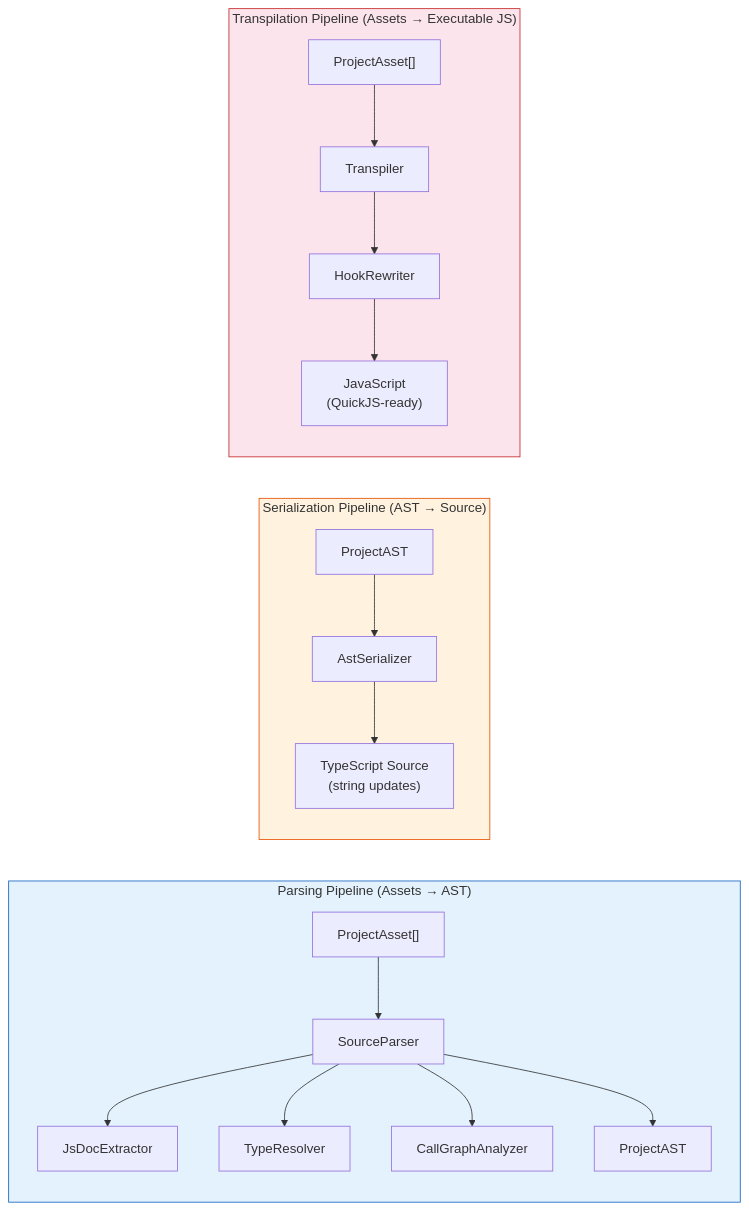
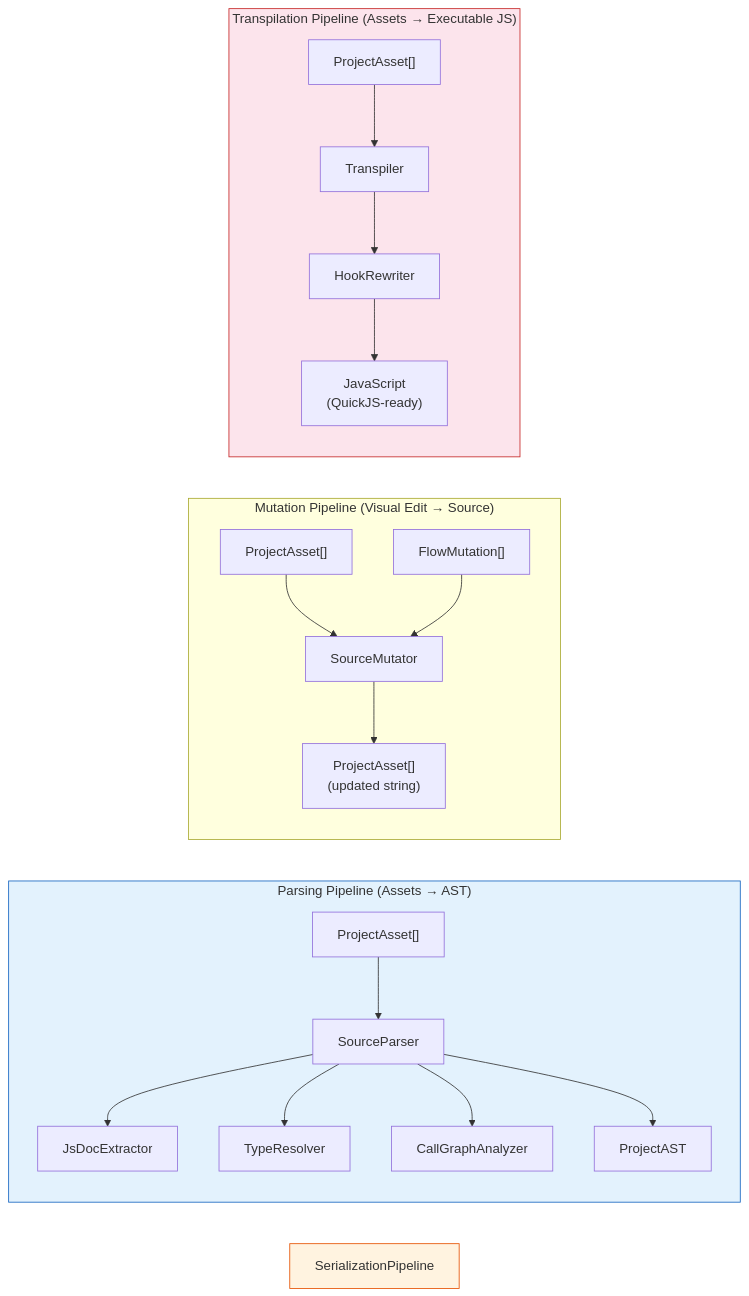
The third of 5 diagrams in docs/03-AST-PARSING.md (rimvydasb/open-modeler-ts), drawn with Mermaid before and after one commit. The commit also changed other lines of this file and 2 other files, not shown here.

Commit message:
refactor AST and flow modeling documentation: update serialization and mutation processes to reflect changes in ProjectAsset handling and clarify flow editor interactions

````diff
--- a/docs/03-AST-PARSING.md
+++ b/docs/03-AST-PARSING.md
@@ -710,39 +710,41 @@
 ```mermaid
 graph LR
     subgraph ParsingPipeline["Parsing Pipeline (Assets → AST)"]
         direction TB
         SRC["ProjectAsset[]"]
         JDP["JsDocExtractor"]
         TR["TypeResolver"]
         CGA["CallGraphAnalyzer"]
         SP["SourceParser"]
         AST_OUT["ProjectAST"]
         SRC --> SP
         SP --> JDP
         SP --> TR
         SP --> CGA
         SP --> AST_OUT
     end
 
-    subgraph SerializationPipeline["Serialization Pipeline (AST → Source)"]
+    subgraph MutationPipeline["Mutation Pipeline (Visual Edit → Source)"]
         direction TB
-        AST_IN["ProjectAST"]
-        ASTSER["AstSerializer"]
-        SRC_OUT["TypeScript Source<br/>(string updates)"]
-        AST_IN --> ASTSER
-        ASTSER --> SRC_OUT
+        SRC_IN["ProjectAsset[]"]
+        MUT["FlowMutation[]"]
+        MUTATOR["SourceMutator"]
+        SRC_OUT["ProjectAsset[]<br/>(updated string)"]
+        SRC_IN --> MUTATOR
+        MUT --> MUTATOR
+        MUTATOR --> SRC_OUT
     end
 
     subgraph TranspilationPipeline["Transpilation Pipeline (Assets → Executable JS)"]
         direction TB
         TS_IN["ProjectAsset[]"]
         TRANS["Transpiler"]
         HOOK_RW["HookRewriter"]
         JS_OUT["JavaScript<br/>(QuickJS-ready)"]
         TS_IN --> TRANS --> HOOK_RW --> JS_OUT
     end
 
     style ParsingPipeline fill: #e3f2fd, stroke: #1565c0
     style SerializationPipeline fill: #fff3e0, stroke: #e65100
     style TranspilationPipeline fill: #fce4ec, stroke: #c62828
 ```
````
